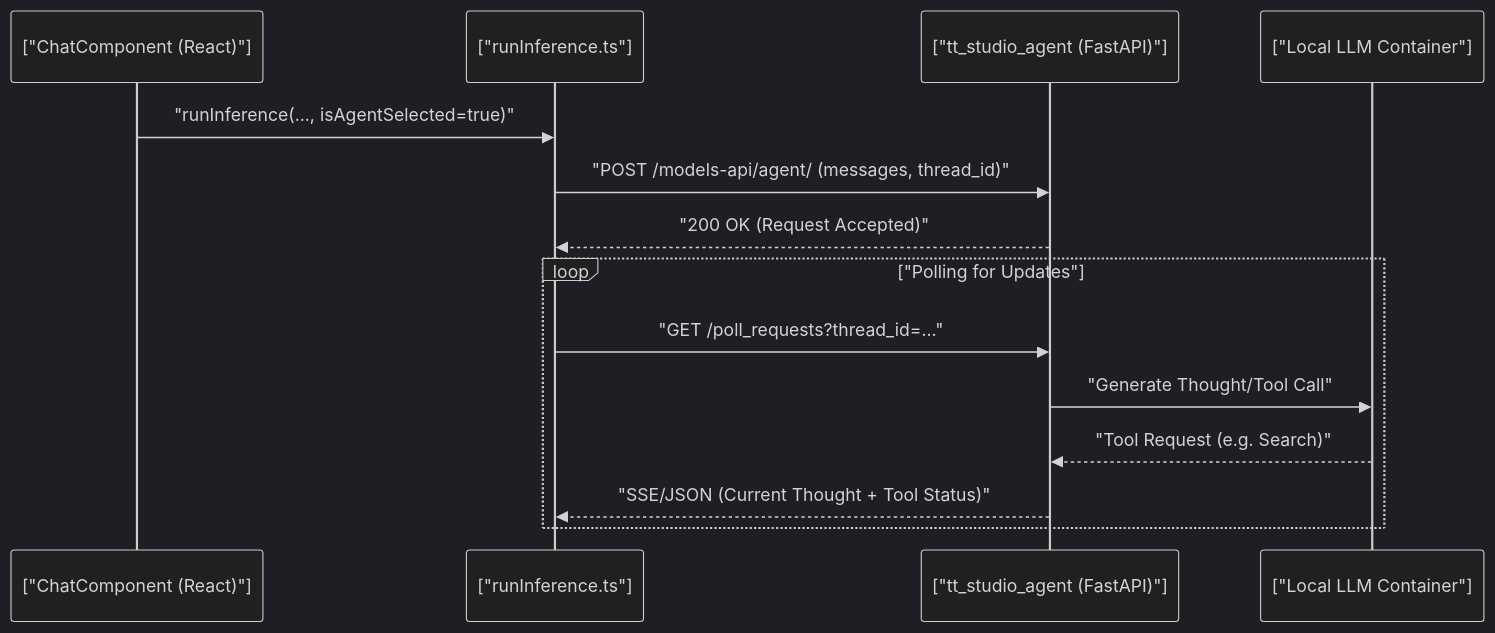
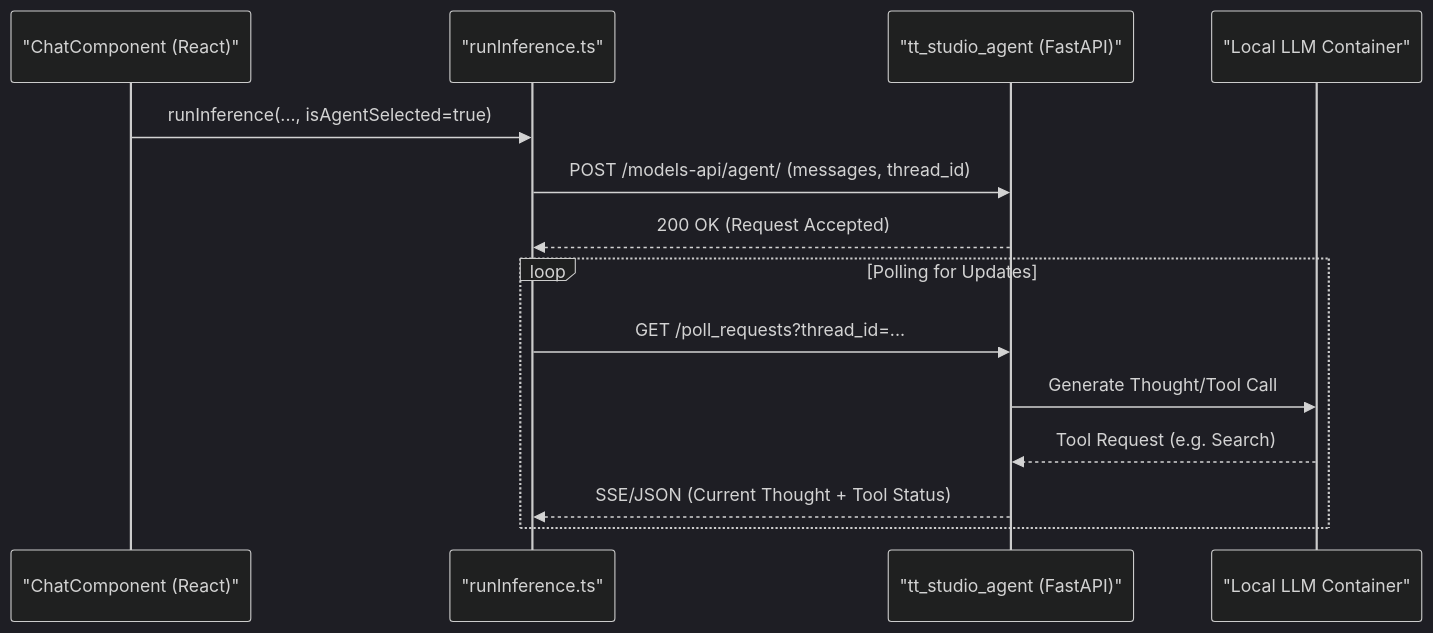
Before and after one commit to tenstorrent/tt-studio: the first of 2 diagrams in docs/agent/api-and-tools.md, drawn with Mermaid (dark theme). The commit also changed 12 other files, not shown here.

First line of the commit message:
Fix mermaid rendering and source links in docs

````diff
--- a/docs/agent/api-and-tools.md
+++ b/docs/agent/api-and-tools.md
@@ -38,17 +38,17 @@
 ```mermaid
 sequenceDiagram
-    participant FE as ["ChatComponent (React)"]
-    participant RI as ["runInference.ts"]
-    participant AG as ["tt_studio_agent (FastAPI)"]
-    participant LLM as ["Local LLM Container"]
+    participant FE as "ChatComponent (React)"
+    participant RI as "runInference.ts"
+    participant AG as "tt_studio_agent (FastAPI)"
+    participant LLM as "Local LLM Container"
 
-    FE->>RI: "runInference(..., isAgentSelected=true)"
-    RI->>AG: "POST /models-api/agent/ (messages, thread_id)"
-    AG-->>RI: "200 OK (Request Accepted)"
-    loop "Polling for Updates"
-        RI->>AG: "GET /poll_requests?thread_id=..."
-        AG->>LLM: "Generate Thought/Tool Call"
-        LLM-->>AG: "Tool Request (e.g. Search)"
-        AG-->>RI: "SSE/JSON (Current Thought + Tool Status)"
+    FE->>RI: runInference(..., isAgentSelected=true)
+    RI->>AG: POST /models-api/agent/ (messages, thread_id)
+    AG-->>RI: 200 OK (Request Accepted)
+    loop Polling for Updates
+        RI->>AG: GET /poll_requests?thread_id=...
+        AG->>LLM: Generate Thought/Tool Call
+        LLM-->>AG: Tool Request (e.g. Search)
+        AG-->>RI: SSE/JSON (Current Thought + Tool Status)
     end
 ```
````
